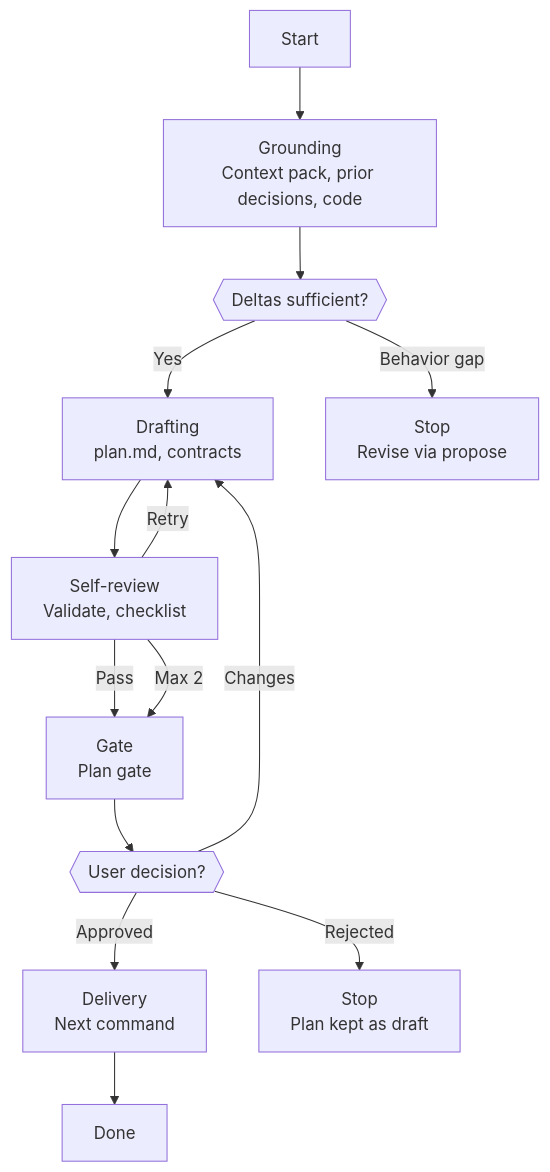
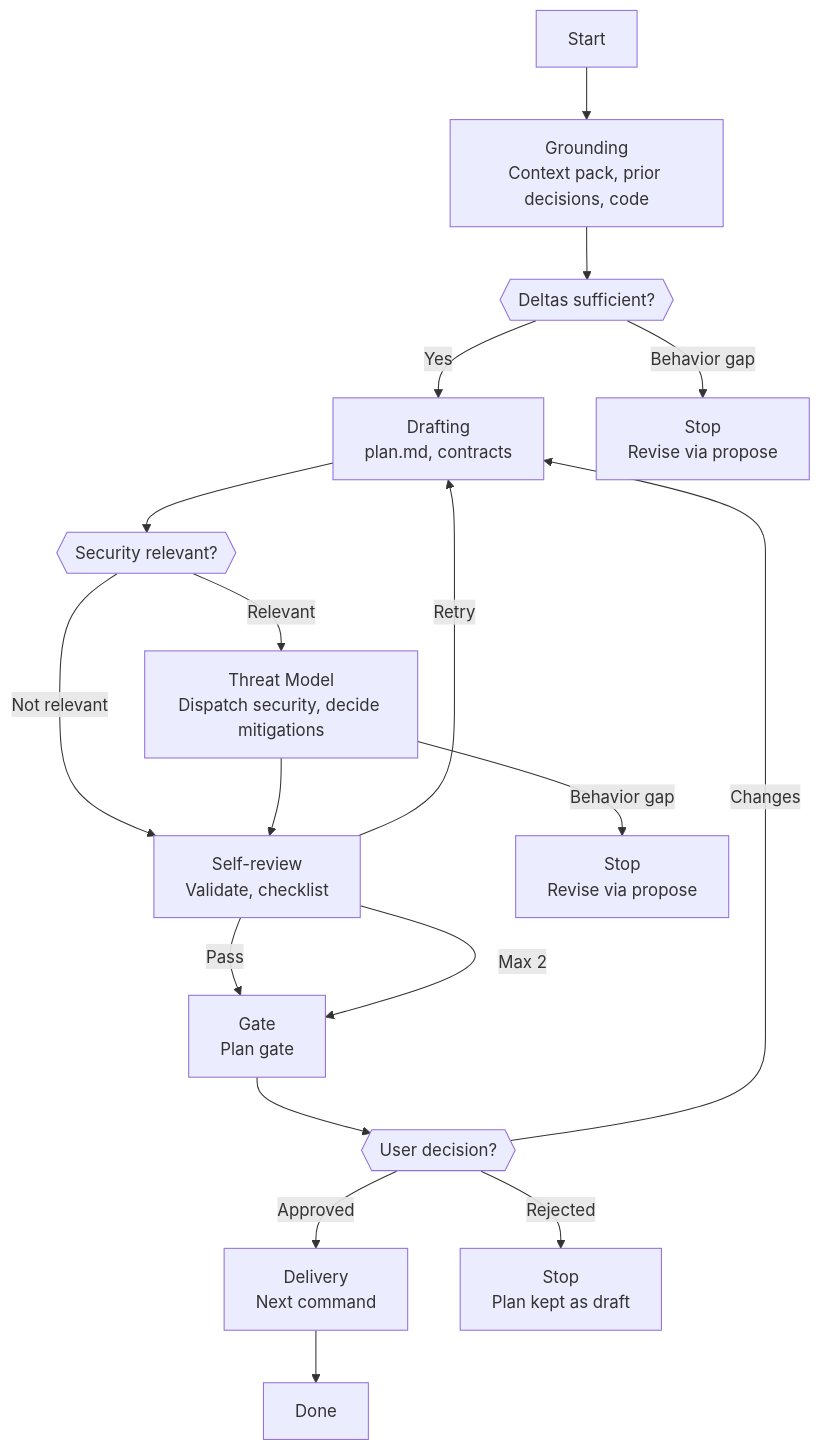
One commit to infra-medra/flow changed the diagram in plugins/medra/skills/pipeline-author-plan/SKILL.md. Above: the diagram before and after it, drawn with Mermaid. The commit also changed other lines of this file and 37 other files, not shown here.

````diff
--- a/plugins/medra/skills/pipeline-author-plan/SKILL.md
+++ b/plugins/medra/skills/pipeline-author-plan/SKILL.md
@@ -27,16 +28,20 @@
 ```mermaid
 flowchart TD
     Start["Start"] --> Grounding["Grounding\nContext pack, prior decisions, code"]
     Grounding --> Scope{{"Deltas sufficient?"}}
     Scope -->|"Yes"| Drafting["Drafting\nplan.md, contracts"]
     Scope -->|"Behavior gap"| Stop1["Stop\nRevise via propose"]
-    Drafting --> SelfReview["Self-review\nValidate, checklist"]
+    Drafting --> Security{{"Security relevant?"}}
+    Security -->|"Relevant"| ThreatModel["Threat Model\nDispatch security, decide mitigations"]
+    Security -->|"Not relevant"| SelfReview["Self-review\nValidate, checklist"]
+    ThreatModel --> SelfReview
+    ThreatModel -->|"Behavior gap"| Stop3["Stop\nRevise via propose"]
     SelfReview -->|"Pass"| Gate["Gate\nPlan gate"]
     SelfReview -->|"Retry"| Drafting
     SelfReview -->|"Max 2"| Gate
     Gate --> Decision{{"User decision?"}}
     Decision -->|"Approved"| Delivery["Delivery\nNext command"]
     Decision -->|"Changes"| Drafting
     Decision -->|"Rejected"| Stop2["Stop\nPlan kept as draft"]
     Delivery --> Done["Done"]
 ```
````
